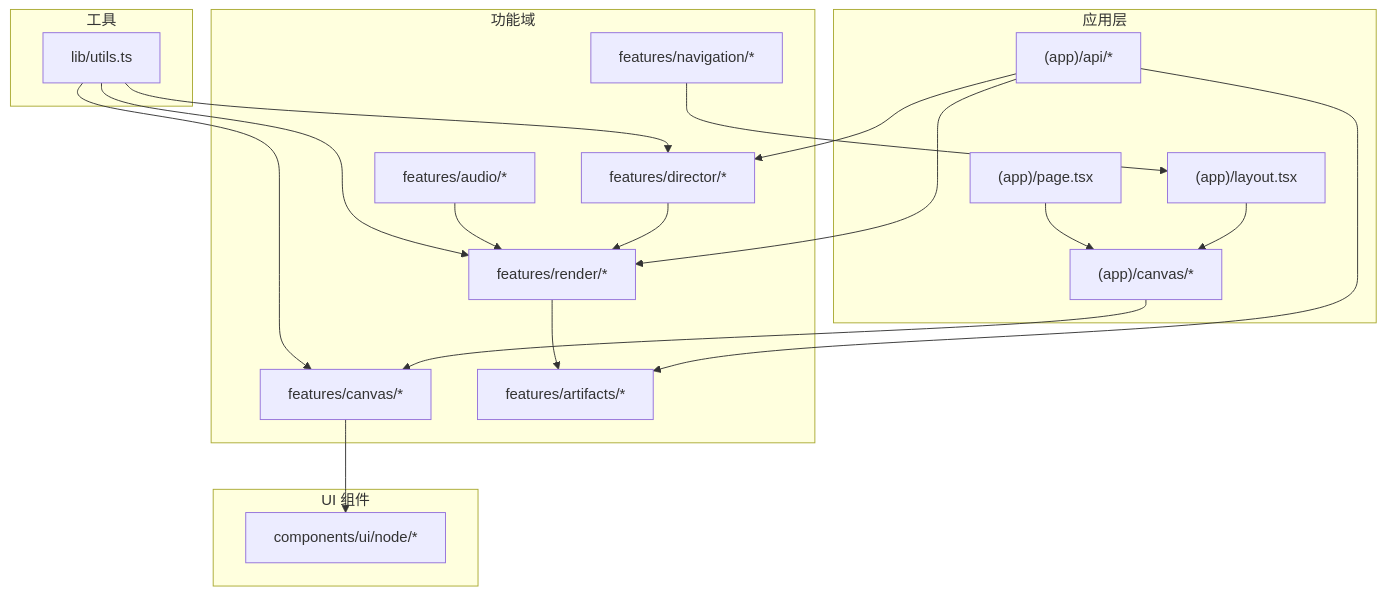
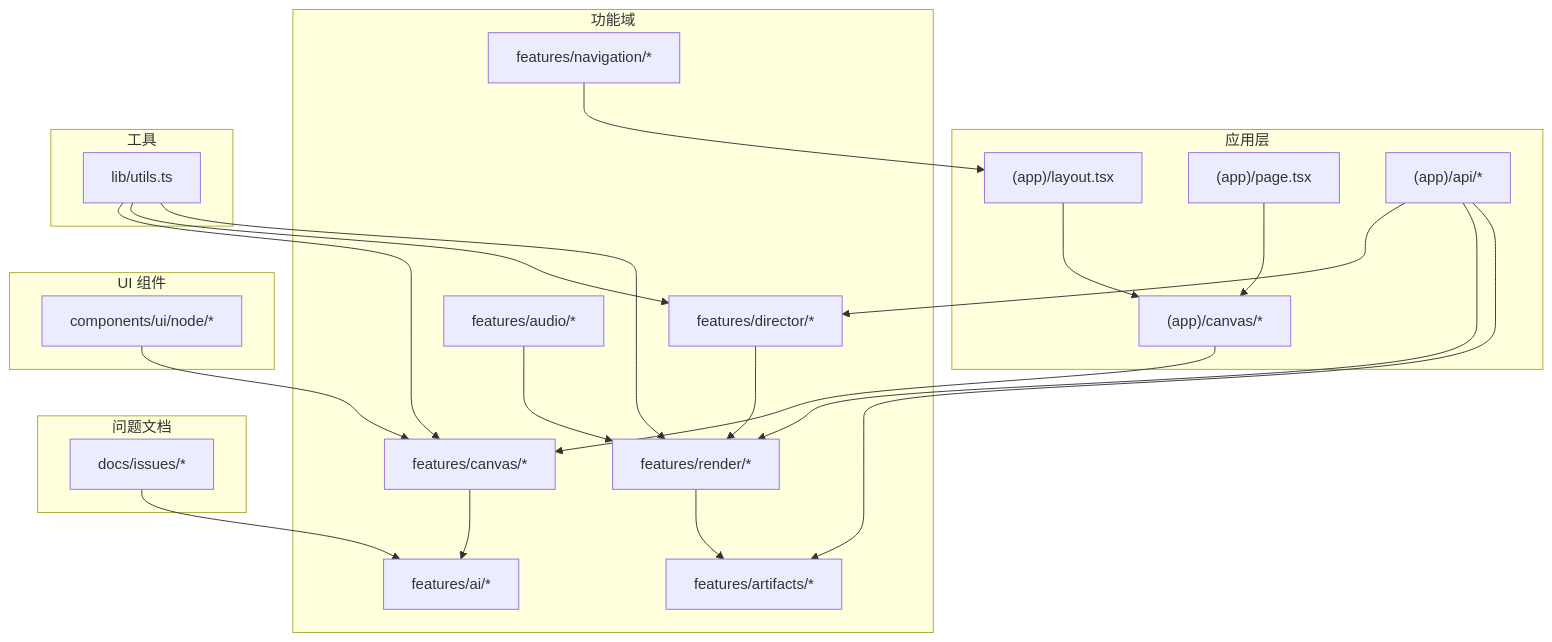
One commit to AIMFllyYS/code-video-canvas changed the first of 6 diagrams in .qoder/repowiki/zh/content/开发指南/问题跟踪系统.md. Above: the diagram before and after it, drawn with Mermaid. The commit also changed other lines of this file and 47 other files, not shown here.

````diff
--- a/.qoder/repowiki/zh/content/开发指南/问题跟踪系统.md
+++ b/.qoder/repowiki/zh/content/开发指南/问题跟踪系统.md
@@ -111,37 +125,43 @@
 ```mermaid
 graph TB
 subgraph "应用层"
 A["(app)/layout.tsx"]
 B["(app)/page.tsx"]
 C["(app)/canvas/*"]
 D["(app)/api/*"]
 end
 subgraph "功能域"
 E["features/canvas/*"]
 F["features/director/*"]
 G["features/render/*"]
 H["features/artifacts/*"]
 I["features/audio/*"]
 J["features/navigation/*"]
+K["features/ai/*"]
 end
 subgraph "UI 组件"
-K["components/ui/node/*"]
+L["components/ui/node/*"]
 end
 subgraph "工具"
-L["lib/utils.ts"]
+M["lib/utils.ts"]
+end
+subgraph "问题文档"
+N["docs/issues/*"]
 end
 A --> C
 B --> C
 C --> E
 D --> F
 D --> G
 D --> H
 E --> K
 F --> G
 G --> H
 I --> G
 J --> A
 L --> E
-L --> F
-L --> G
+M --> E
+M --> F
+M --> G
+N --> K
 ```
````
